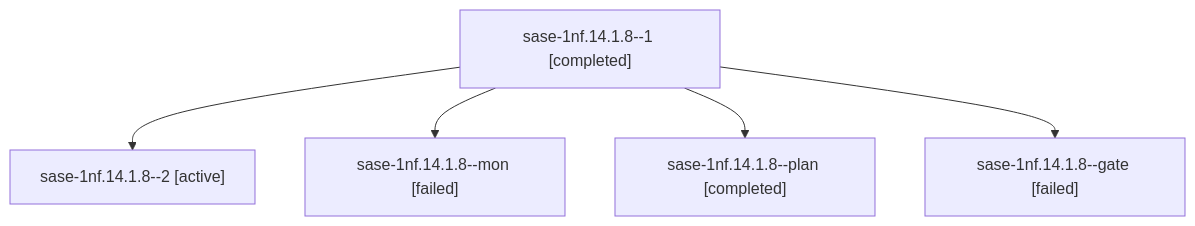
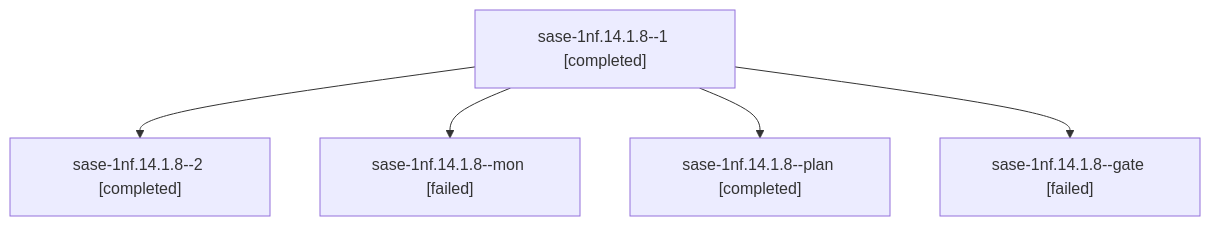
Before and after one commit to sase-org/sase--agents: the diagram in sessions/bbugyi200.athena.sase-1nf.14.1.8.md, drawn with Mermaid. The commit also changed other lines of this file and 188 other files, not shown here.

````diff
--- a/sessions/bbugyi200.athena.sase-1nf.14.1.8.md
+++ b/sessions/bbugyi200.athena.sase-1nf.14.1.8.md
@@ -9,12 +9,12 @@
 ```mermaid
 flowchart TD
   n0["sase-1nf.14.1.8--1 [completed]"]
-  n1["sase-1nf.14.1.8--2 [active]"]
+  n1["sase-1nf.14.1.8--2 [completed]"]
   n0 --> n1
   n2["sase-1nf.14.1.8--mon [failed]"]
   n0 --> n2
   n3["sase-1nf.14.1.8--plan [completed]"]
   n0 --> n3
   n4["sase-1nf.14.1.8--gate [failed]"]
   n0 --> n4
 ```
````
